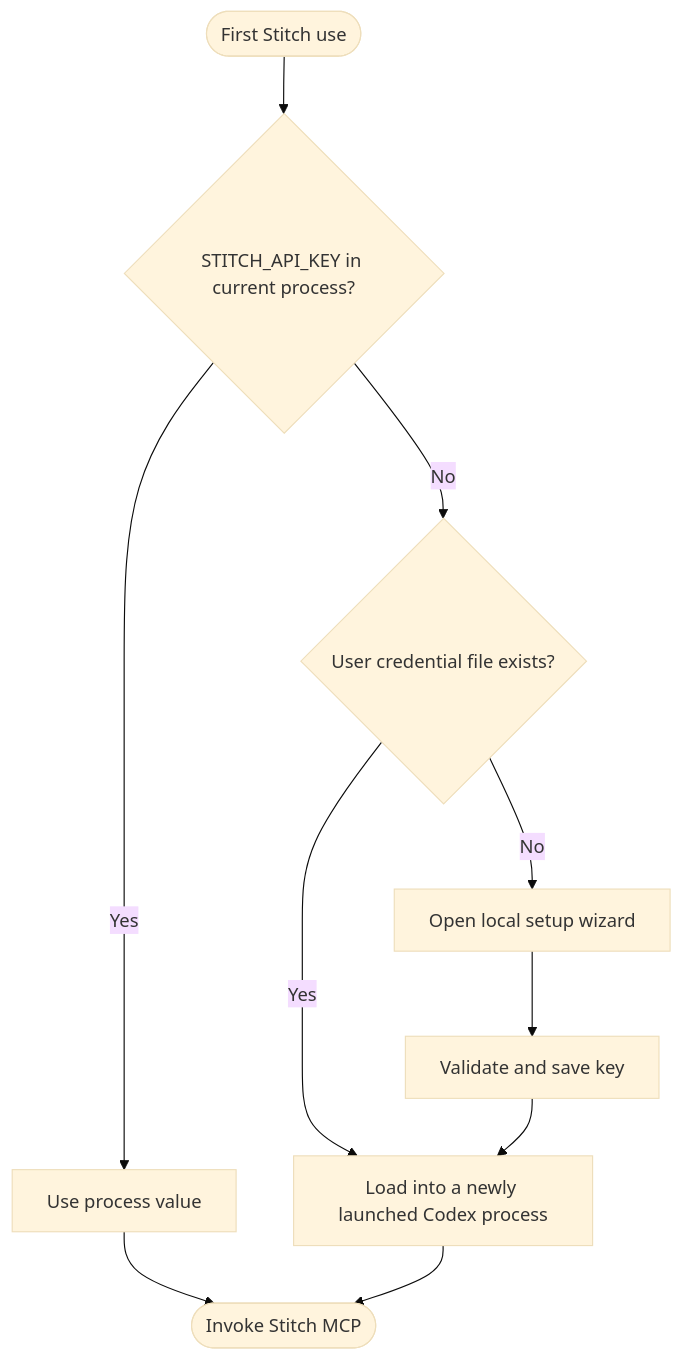
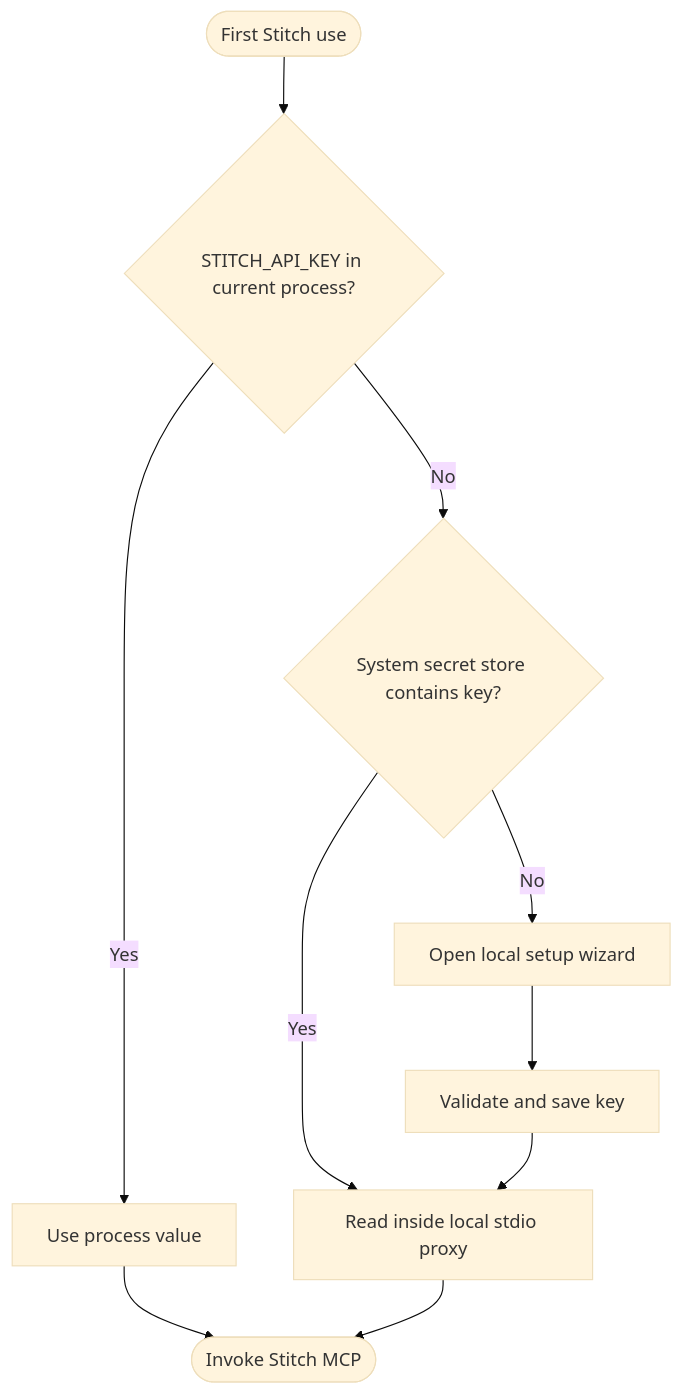
The second of 6 diagrams in docs/Stitch-Design-Technical-Solution.md (full-stack-plugins/stitch-design-plugin), drawn with Mermaid (base theme) before and after one commit. The commit also changed other lines of this file and 9 other files, not shown here.

````diff
--- a/docs/Stitch-Design-Technical-Solution.md
+++ b/docs/Stitch-Design-Technical-Solution.md
@@ -70,12 +71,12 @@
 ```mermaid
 flowchart TD
     Start(["First Stitch use"]) --> Env{"STITCH_API_KEY in current process?"}
     Env -->|Yes| Direct["Use process value"]
-    Env -->|No| File{"User credential file exists?"}
-    File -->|Yes| Inject["Load into a newly launched Codex process"]
-    File -->|No| Wizard["Open local setup wizard"]
+    Env -->|No| Store{"System secret store contains key?"}
+    Store -->|Yes| Inject["Read inside local stdio proxy"]
+    Store -->|No| Wizard["Open local setup wizard"]
     Wizard --> Save["Validate and save key"]
     Save --> Inject
     Direct --> Ready(["Invoke Stitch MCP"])
     Inject --> Ready
 ```
````
